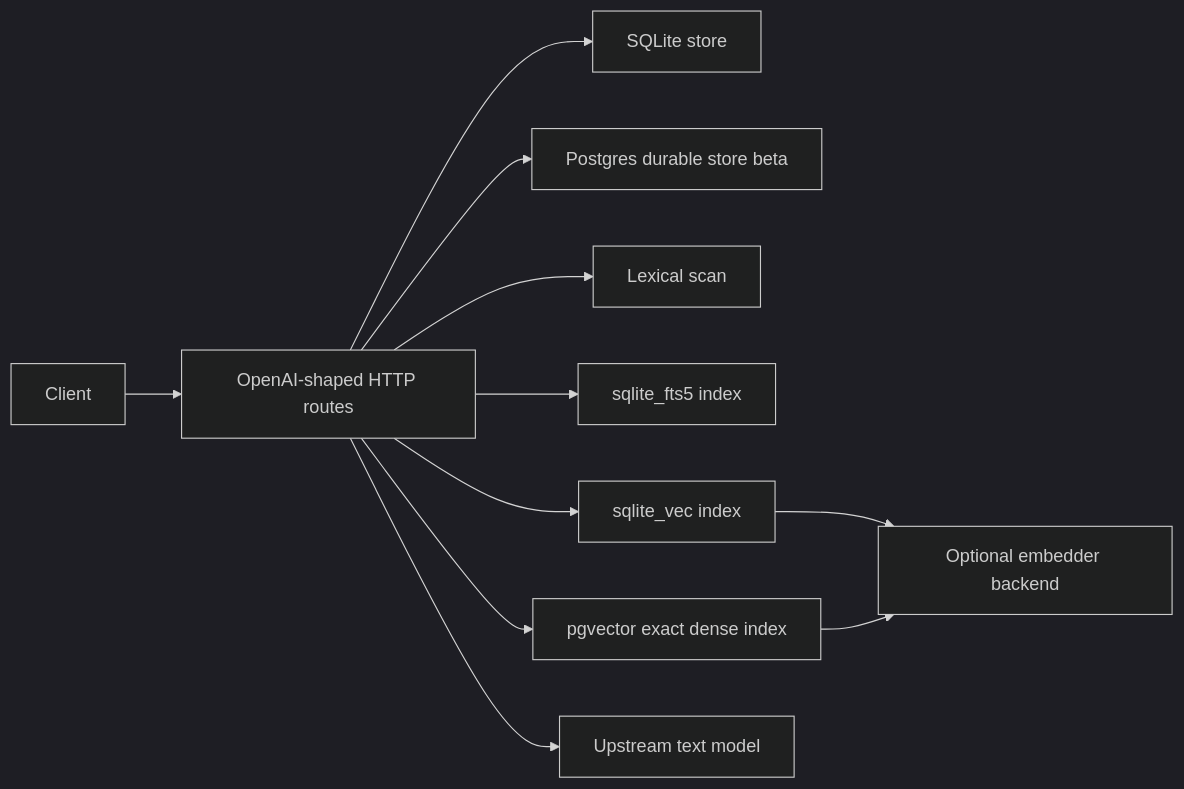
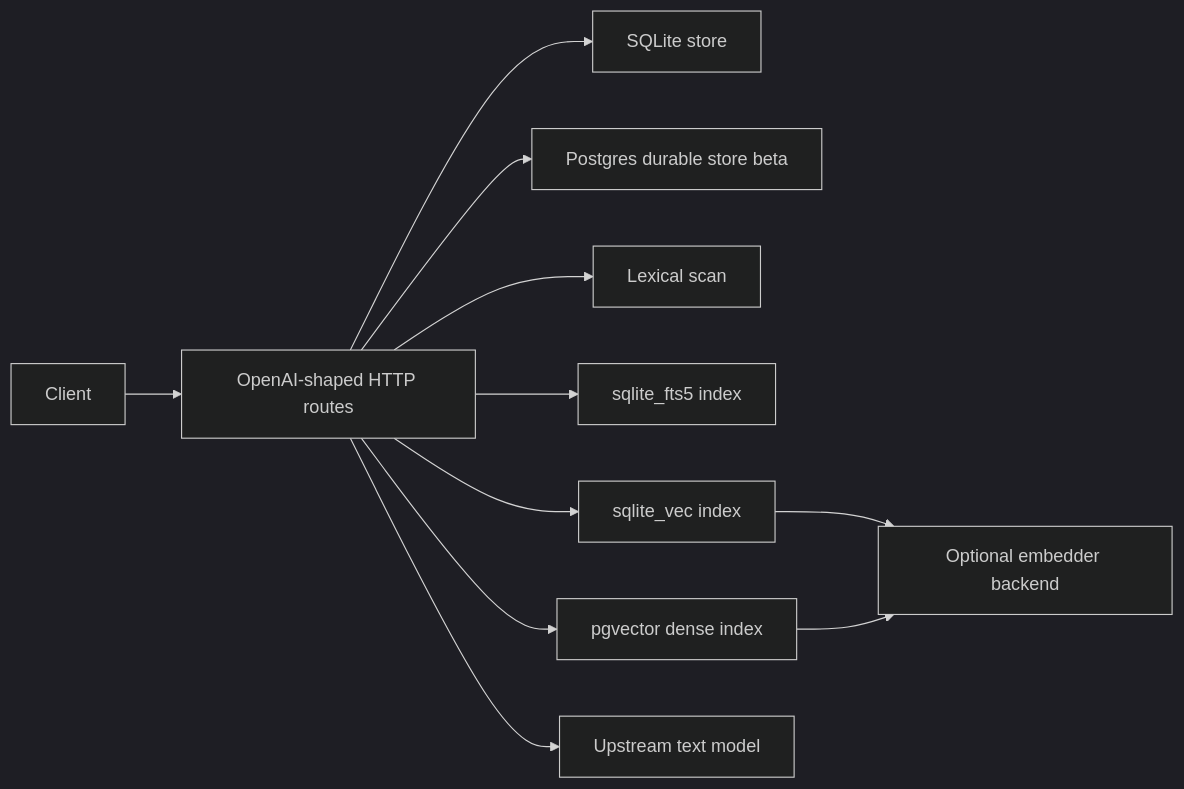
One commit to avelrl/llama_shim changed the first of 2 diagrams in docs/v3-storage-retrieval-backends.md. Above: the diagram before and after it, drawn with Mermaid (dark theme). The commit also changed other lines of this file and 25 other files, not shown here.

````diff
--- a/docs/v3-storage-retrieval-backends.md
+++ b/docs/v3-storage-retrieval-backends.md
@@ -72,24 +72,24 @@
 ```mermaid
 flowchart LR
   client["Client"]
   http["OpenAI-shaped HTTP routes"]
   sqlite["SQLite store"]
   postgres["Postgres durable store beta"]
   lexical["Lexical scan"]
   fts5["sqlite_fts5 index"]
   sqlitevec["sqlite_vec index"]
-  pgvector["pgvector exact dense index"]
+  pgvector["pgvector dense index"]
   embedder["Optional embedder backend"]
   model["Upstream text model"]
 
   client --> http
   http --> sqlite
   http --> postgres
   http --> lexical
   http --> fts5
   http --> sqlitevec
   http --> pgvector
   sqlitevec --> embedder
   pgvector --> embedder
   http --> model
 ```
````
